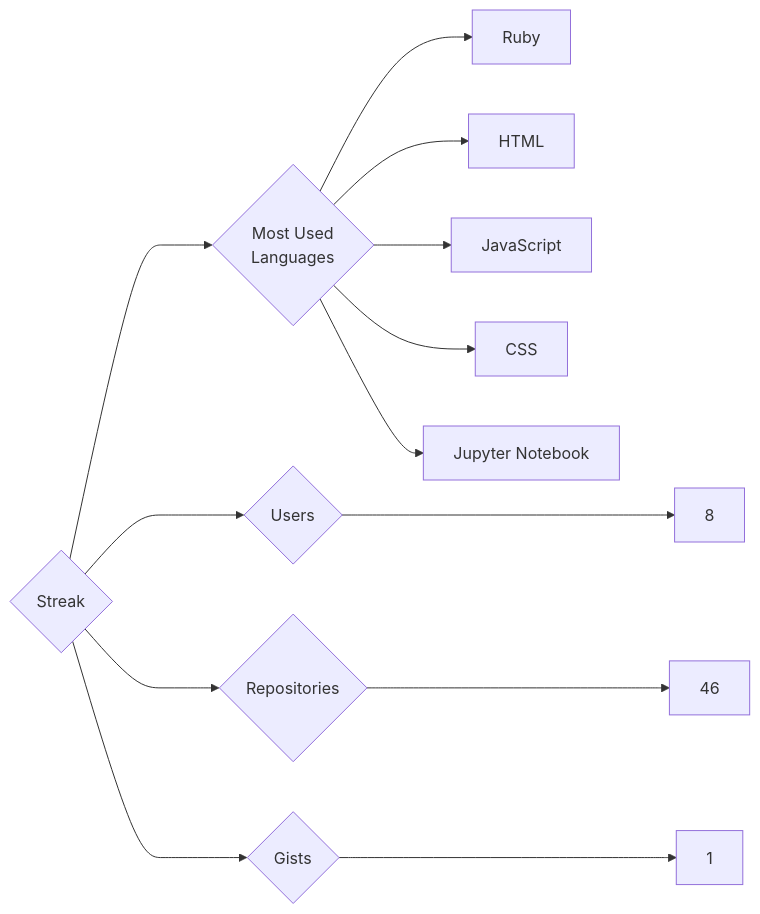
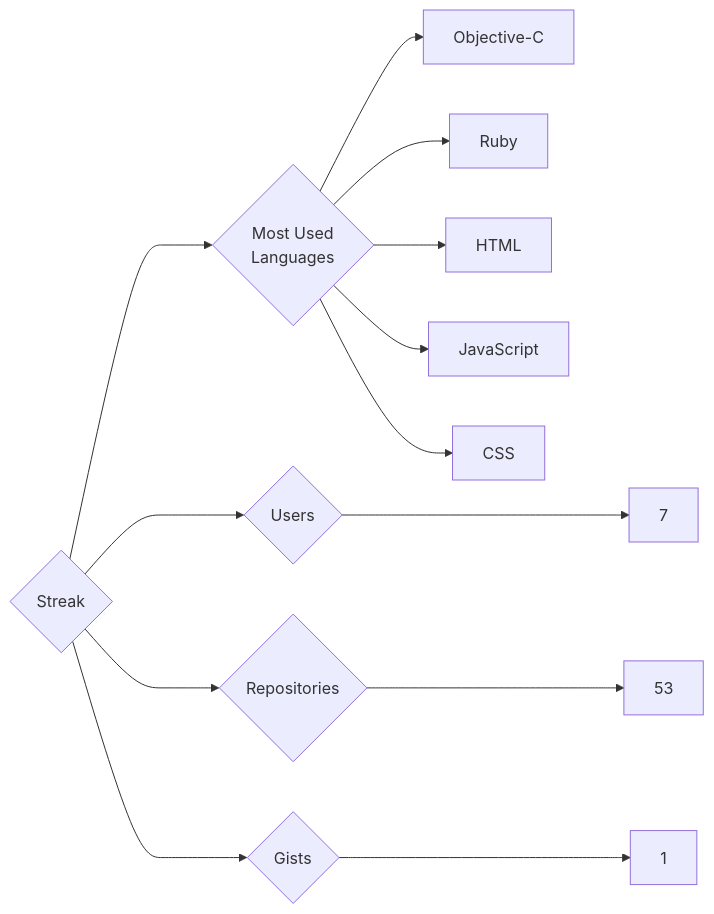
Before and after one commit to trickest/insiders: the diagram in targets/Streak/README.md, drawn with Mermaid. The commit also changed 912 other files, not shown here.

````diff
--- a/targets/Streak/README.md
+++ b/targets/Streak/README.md
@@ -3,13 +3,13 @@
 ```mermaid
 graph LR
 COMPANY_NAME{Streak}
-COMPANY_NAME ---> U{Users} ---> UN[8]
-COMPANY_NAME ---> R{Repositories} ---> RN[46]
+COMPANY_NAME ---> U{Users} ---> UN[7]
+COMPANY_NAME ---> R{Repositories} ---> RN[53]
 COMPANY_NAME ---> G{Gists} ---> GN[1]
 COMPANY_NAME ---> ML{Most Used<br>Languages}
+ML --> Objective-C[Objective-C]
 ML --> Ruby[Ruby]
 ML --> HTML[HTML]
 ML --> JavaScript[JavaScript]
 ML --> CSS[CSS]
-ML --> Jupyter_Notebook[Jupyter Notebook]
 ```
````
